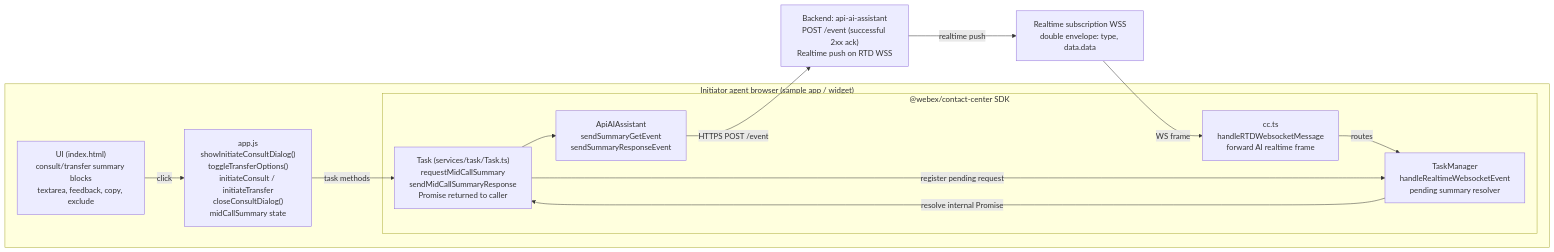
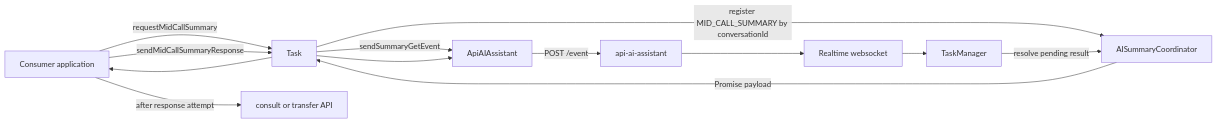
Before and after one commit to webex/webex-js-sdk: the first of 2 diagrams in ai-summary-initiator-flow.md, drawn with Mermaid. The commit also changed other lines of this file and 39 other files, not shown here.

````diff
--- a/ai-summary-initiator-flow.md
+++ b/ai-summary-initiator-flow.md
@@ -12,24 +9,24 @@
 ```mermaid
 flowchart LR
-  subgraph Browser["Initiator agent browser (sample app / widget)"]
-    UI["UI (index.html)<br/>consult/transfer summary blocks<br/>textarea, feedback, copy, exclude"]
-    App["app.js<br/>showInitiateConsultDialog()<br/>toggleTransferOptions()<br/>initiateConsult / initiateTransfer<br/>closeConsultDialog()<br/>midCallSummary state"]
-    subgraph SDK["@webex/contact-center SDK"]
-      Task["Task (services/task/Task.ts)<br/>requestMidCallSummary<br/>sendMidCallSummaryResponse<br/>Promise returned to caller"]
-      API["ApiAIAssistant<br/>sendSummaryGetEvent<br/>sendSummaryResponseEvent"]
-      CC["cc.ts<br/>handleRTDWebsocketMessage<br/>forward AI realtime frame"]
-      TM["TaskManager<br/>handleRealtimeWebsocketEvent<br/>pending summary resolver"]
-    end
-    UI -->|click| App
-    App -->|task methods| Task
-    Task --> API
-    Task -->|register pending request| TM
-    CC -->|routes| TM
-    TM -->|resolve internal Promise| Task
-  end
-  Backend["Backend: api-ai-assistant<br/>POST /event (successful 2xx ack)<br/>Realtime push on RTD WSS"]
-  WS["Realtime subscription WSS<br/>double envelope: type, data.data"]
-  API -->|HTTPS POST /event| Backend
-  Backend -->|realtime push| WS
-  WS -->|WS frame| CC
+  App[Consumer application]
+  Task[Task]
+  Coord[AISummaryCoordinator]
+  API[ApiAIAssistant]
+  Backend[api-ai-assistant]
+  RTD[Realtime websocket]
+  TM[TaskManager]
+  Handoff[consult or transfer API]
+
+  App -->|requestMidCallSummary| Task
+  Task -->|register MID_CALL_SUMMARY by conversationId| Coord
+  Task -->|sendSummaryGetEvent| API
+  API -->|POST /event| Backend
+  Backend --> RTD
+  RTD --> TM
+  TM -->|resolve pending result| Coord
+  Coord -->|Promise payload| Task
+  Task --> App
+  App -->|sendMidCallSummaryResponse| Task
+  Task --> API
+  App -->|after response attempt| Handoff
 ```
````
